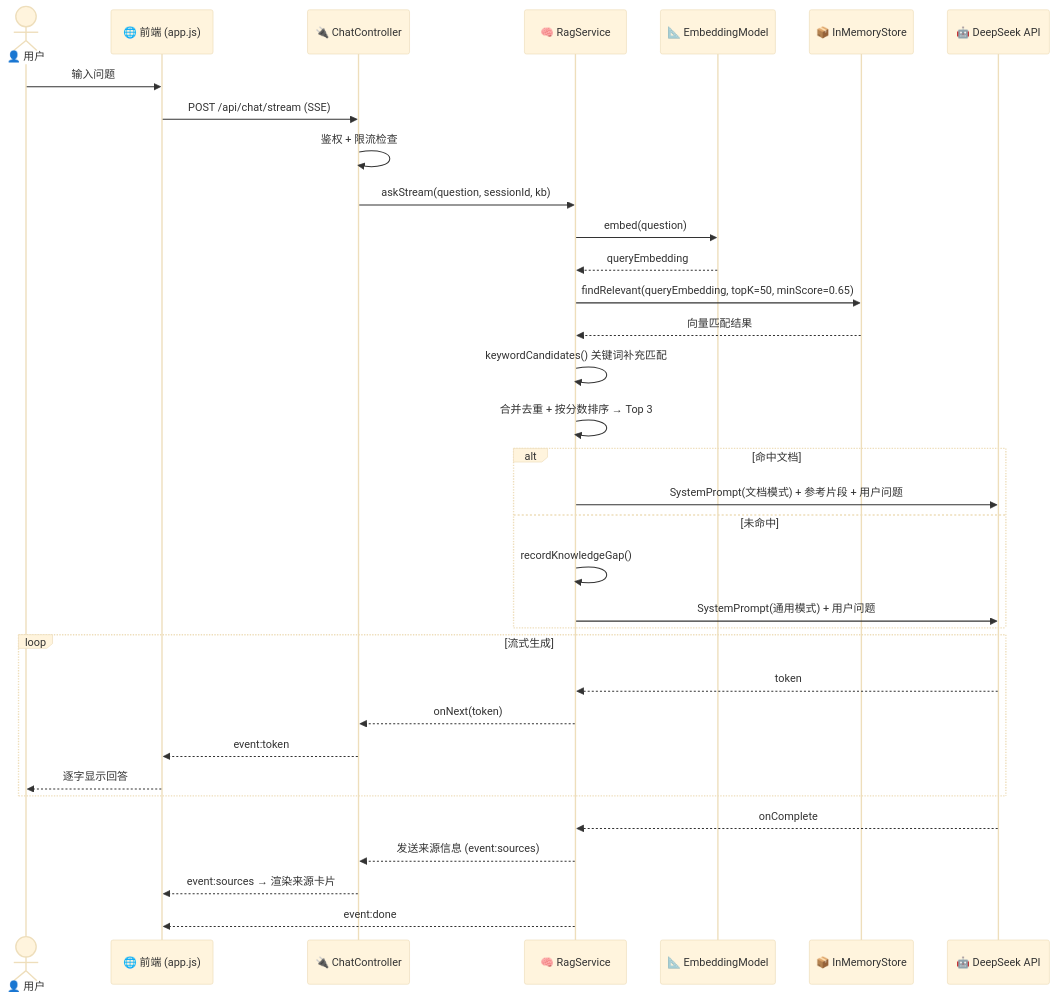
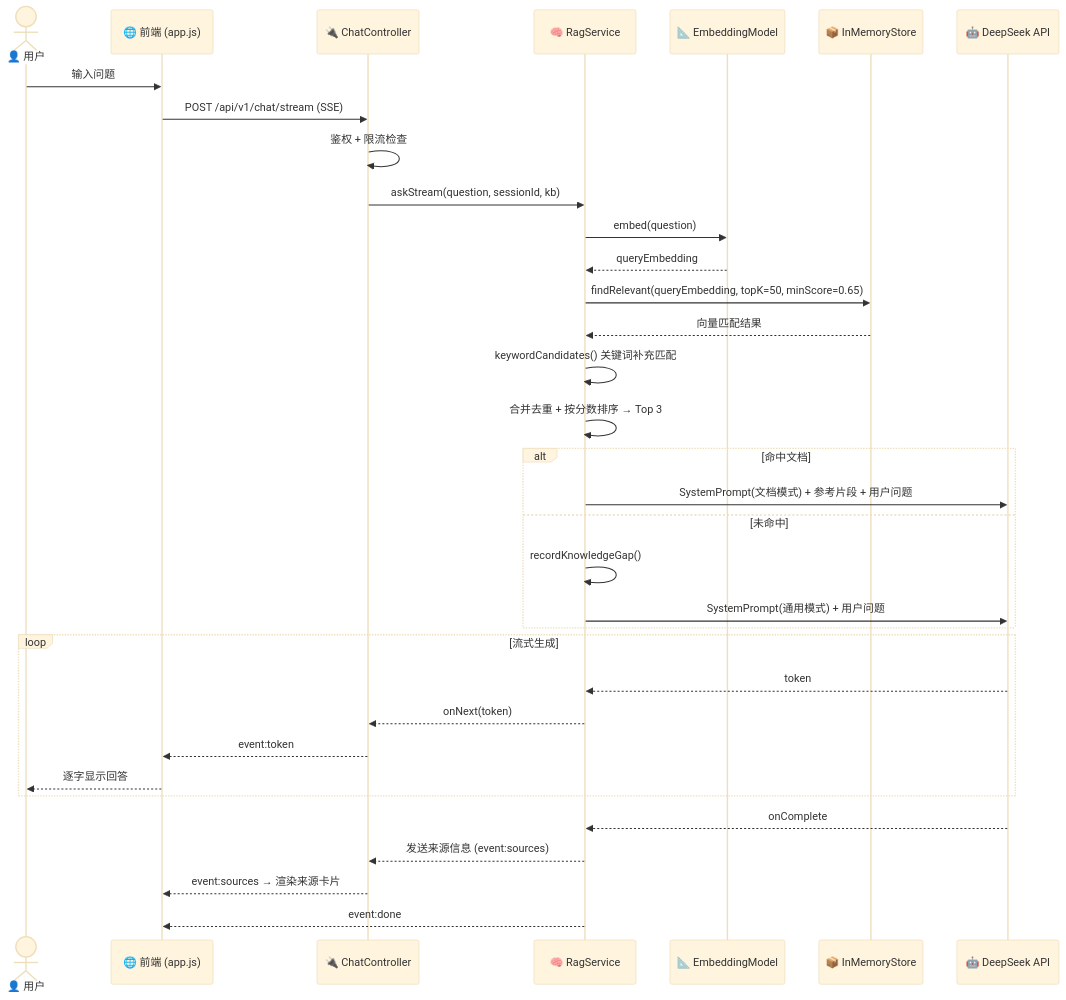
The second of 2 diagrams in README.md (klaybloom/DocuMind), drawn with Mermaid (base theme) before and after one commit. The commit also changed other lines of this file and 54 other files, not shown here.

````diff
--- a/README.md
+++ b/README.md
@@ -40,43 +40,43 @@
 ```mermaid
 sequenceDiagram
     actor User as 👤 用户
     participant UI as 🌐 前端 (app.js)
     participant CC as 🔌 ChatController
     participant RS as 🧠 RagService
     participant EM as 📐 EmbeddingModel
     participant VS as 📦 InMemoryStore
     participant LLM as 🤖 DeepSeek API
 
     User->>UI: 输入问题
-    UI->>CC: POST /api/chat/stream (SSE)
+    UI->>CC: POST /api/v1/chat/stream (SSE)
     CC->>CC: 鉴权 + 限流检查
     CC->>RS: askStream(question, sessionId, kb)
 
     RS->>EM: embed(question)
     EM-->>RS: queryEmbedding
 
     RS->>VS: findRelevant(queryEmbedding, topK=50, minScore=0.65)
     VS-->>RS: 向量匹配结果
 
     RS->>RS: keywordCandidates() 关键词补充匹配
     RS->>RS: 合并去重 + 按分数排序 → Top 3
 
     alt 命中文档
         RS->>LLM: SystemPrompt(文档模式) + 参考片段 + 用户问题
     else 未命中
         RS->>RS: recordKnowledgeGap()
         RS->>LLM: SystemPrompt(通用模式) + 用户问题
     end
 
     loop 流式生成
         LLM-->>RS: token
         RS-->>CC: onNext(token)
         CC-->>UI: event:token
         UI-->>User: 逐字显示回答
     end
 
     LLM-->>RS: onComplete
     RS-->>CC: 发送来源信息 (event:sources)
     CC-->>UI: event:sources → 渲染来源卡片
     RS-->>UI: event:done
 ```
````
